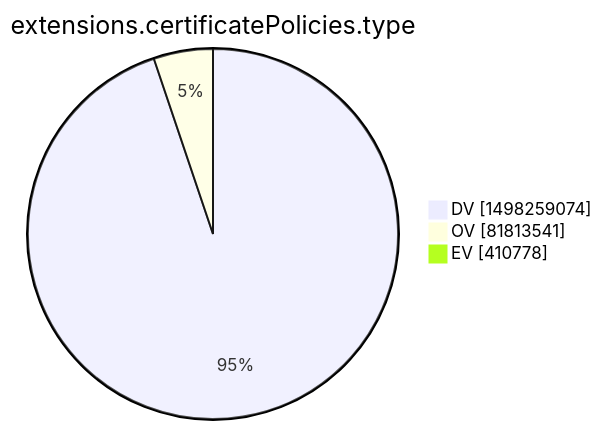
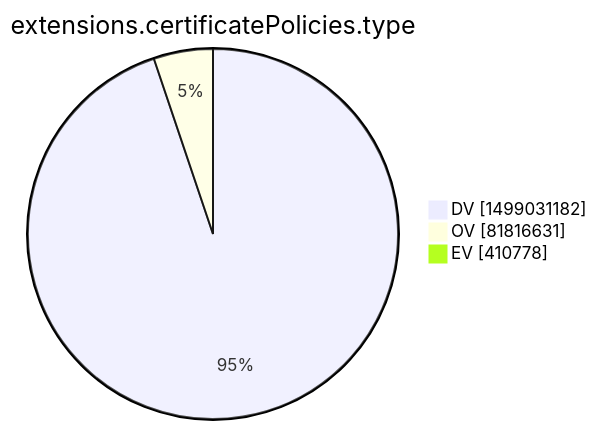
The tenth of 15 diagrams in xenon2022/README.md (christiankrug/ctmonitor_visualization), drawn with Mermaid before and after one commit. The commit also changed other lines of this file, not shown here.

````diff
--- a/xenon2022/README.md
+++ b/xenon2022/README.md
@@ -2874,7 +2874,7 @@
 ```mermaid
 pie showData
 title extensions.certificatePolicies.type
-"DV" :1498259074
-"OV" :81813541
+"DV" :1499031182
+"OV" :81816631
 "EV" :410778
 ```
````
